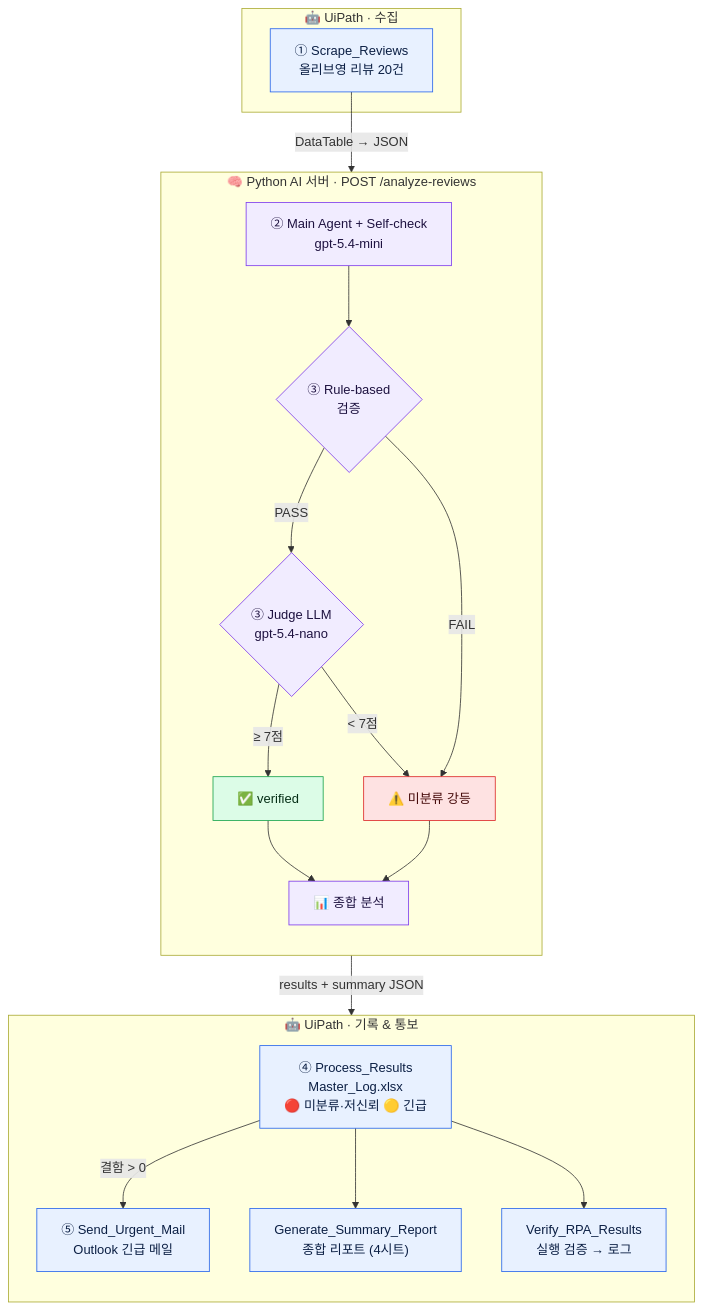
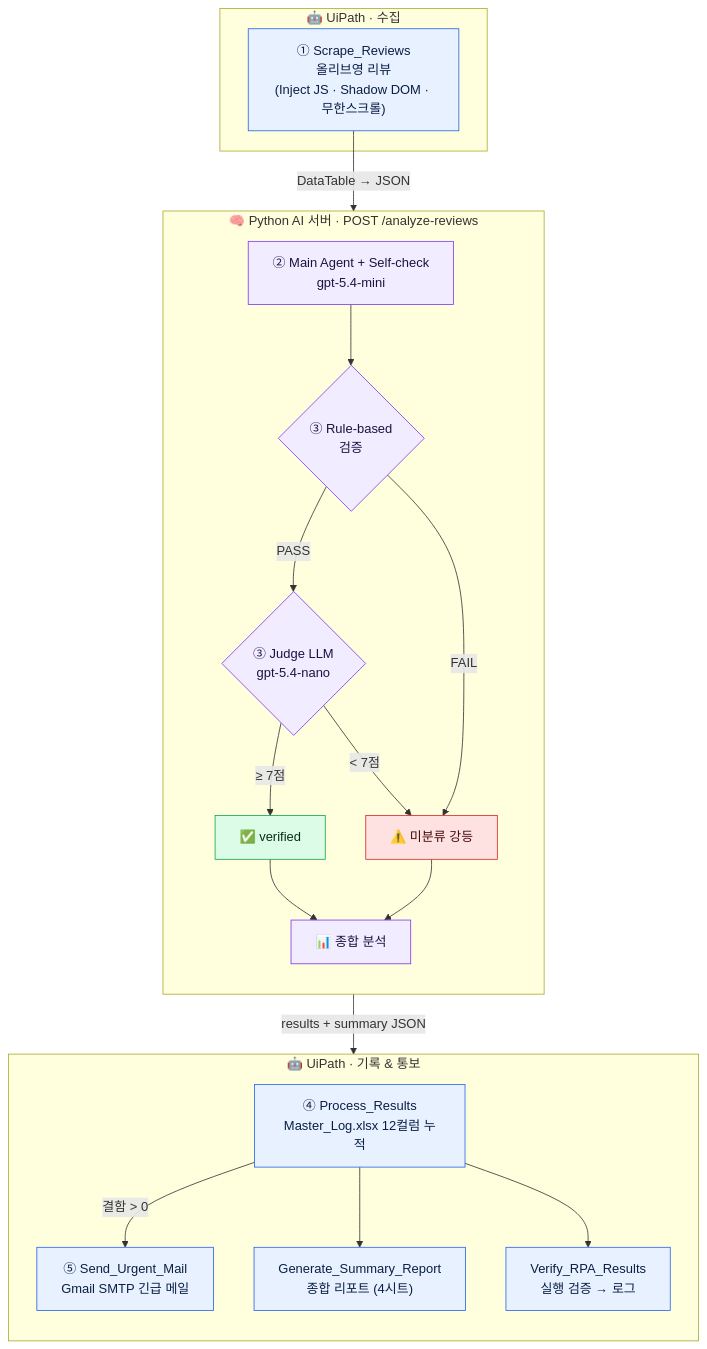
Before and after one commit to ykunjii-creator/shopping-review: the diagram in README.md, drawn with Mermaid. The commit also changed other lines of this file and 7 other files, not shown here.

First line of the commit message:
스크래핑 Inject JS 전환(Shadow DOM·무한스크롤) + 메일 Gmail SMTP 전환 + Master_Log 헤더 self-heal + README 사용법 갱신

````diff
--- a/README.md
+++ b/README.md
@@ -35,46 +35,46 @@
 ```mermaid
 flowchart TB
     subgraph SCRAPE["🤖 UiPath · 수집"]
-        S["① Scrape_Reviews<br/>올리브영 리뷰 20건"]
+        S["① Scrape_Reviews<br/>올리브영 리뷰<br/>(Inject JS · Shadow DOM · 무한스크롤)"]
     end
 
     subgraph AI["🧠 Python AI 서버 · POST /analyze-reviews"]
         direction TB
         AG["② Main Agent + Self-check<br/>gpt-5.4-mini"]
         RU{"③ Rule-based<br/>검증"}
         JU{"③ Judge LLM<br/>gpt-5.4-nano"}
         OK["✅ verified"]
         NG["⚠️ 미분류 강등"]
         SUM["📊 종합 분석"]
         AG --> RU
         RU -->|PASS| JU
         RU -->|FAIL| NG
         JU -->|"≥ 7점"| OK
         JU -->|"< 7점"| NG
         OK --> SUM
         NG --> SUM
     end
 
     subgraph REPORT["🤖 UiPath · 기록 & 통보"]
         direction TB
-        P["④ Process_Results<br/>Master_Log.xlsx<br/>🔴 미분류·저신뢰  🟡 긴급"]
-        M["⑤ Send_Urgent_Mail<br/>Outlook 긴급 메일"]
+        P["④ Process_Results<br/>Master_Log.xlsx 12컬럼 누적"]
+        M["⑤ Send_Urgent_Mail<br/>Gmail SMTP 긴급 메일"]
         RP["Generate_Summary_Report<br/>종합 리포트 (4시트)"]
         VR["Verify_RPA_Results<br/>실행 검증 → 로그"]
         P -->|"결함 > 0"| M
         P --> RP
         P --> VR
     end
 
     S -->|"DataTable → JSON"| AG
     SUM -->|"results + summary JSON"| P
 
     classDef rpa fill:#E8F1FF,stroke:#2563EB,stroke-width:1px,color:#0B1F44;
     classDef brain fill:#F1ECFF,stroke:#7C3AED,stroke-width:1px,color:#1E1240;
     classDef good fill:#DCFCE7,stroke:#16A34A,color:#052E16;
     classDef bad fill:#FEE2E2,stroke:#DC2626,color:#450A0A;
     class S,P,M,RP,VR rpa;
     class AG,RU,JU,SUM brain;
     class OK good;
     class NG bad;
 ```
````
